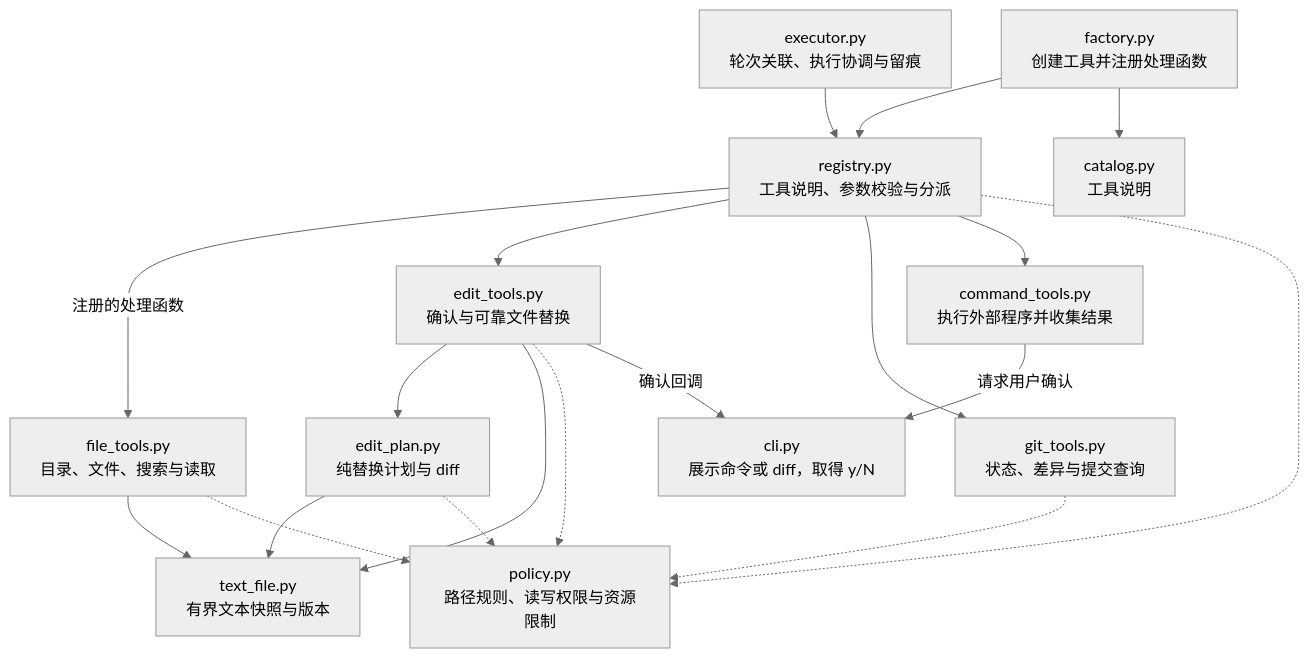
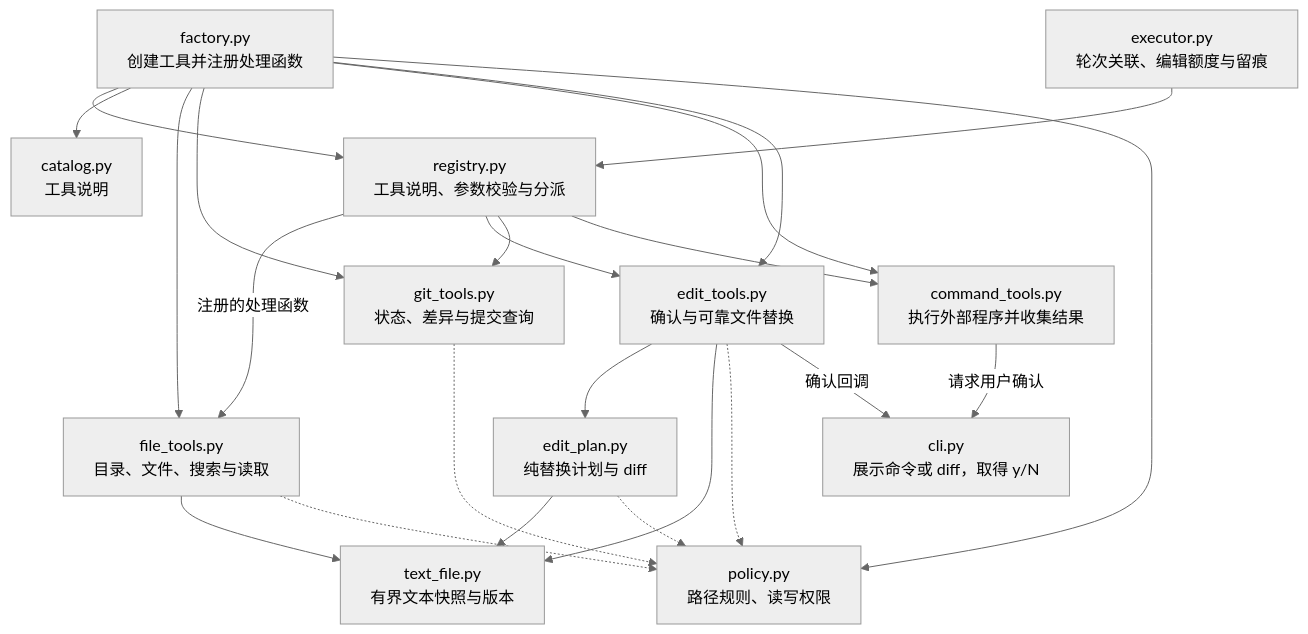
Before and after one commit to Plvltra/AdamAgent: the second of 3 diagrams in docs/architecture.md, drawn with Mermaid (neutral theme). The commit also changed other lines of this file and 7 other files, not shown here.

````diff
--- a/docs/architecture.md
+++ b/docs/architecture.md
@@ -89,22 +90,26 @@
 ```mermaid
 flowchart TD
-    E["executor.py<br/>轮次关联、执行协调与留痕"] --> R["registry.py<br/>工具说明、参数校验与分派"]
+    E["executor.py<br/>轮次关联、编辑额度与留痕"] --> R["registry.py<br/>工具说明、参数校验与分派"]
     FACTORY["factory.py<br/>创建工具并注册处理函数"] --> R
     FACTORY --> CATALOG["catalog.py<br/>工具说明"]
+    FACTORY --> F
+    FACTORY --> G
+    FACTORY --> C
+    FACTORY --> EDIT
     R -->|"注册的处理函数"| F["file_tools.py<br/>目录、文件、搜索与读取"]
     F --> SNAP["text_file.py<br/>有界文本快照与版本"]
     PLAN["edit_plan.py<br/>纯替换计划与 diff"] --> SNAP
     PLAN -.-> P
     R --> EDIT
     EDIT["edit_tools.py<br/>确认与可靠文件替换"] --> PLAN
     EDIT --> SNAP
     EDIT -.-> P
     EDIT -->|"确认回调"| UI
     R --> G["git_tools.py<br/>状态、差异与提交查询"]
     R --> C["command_tools.py<br/>执行外部程序并收集结果"]
     C -->|"请求用户确认"| UI["cli.py<br/>展示命令或 diff，取得 y/N"]
 
-    R -.-> P["policy.py<br/>路径规则、读写权限与资源限制"]
+    FACTORY --> P["policy.py<br/>路径规则、读写权限"]
     F -.-> P
     G -.-> P
 ```
````
